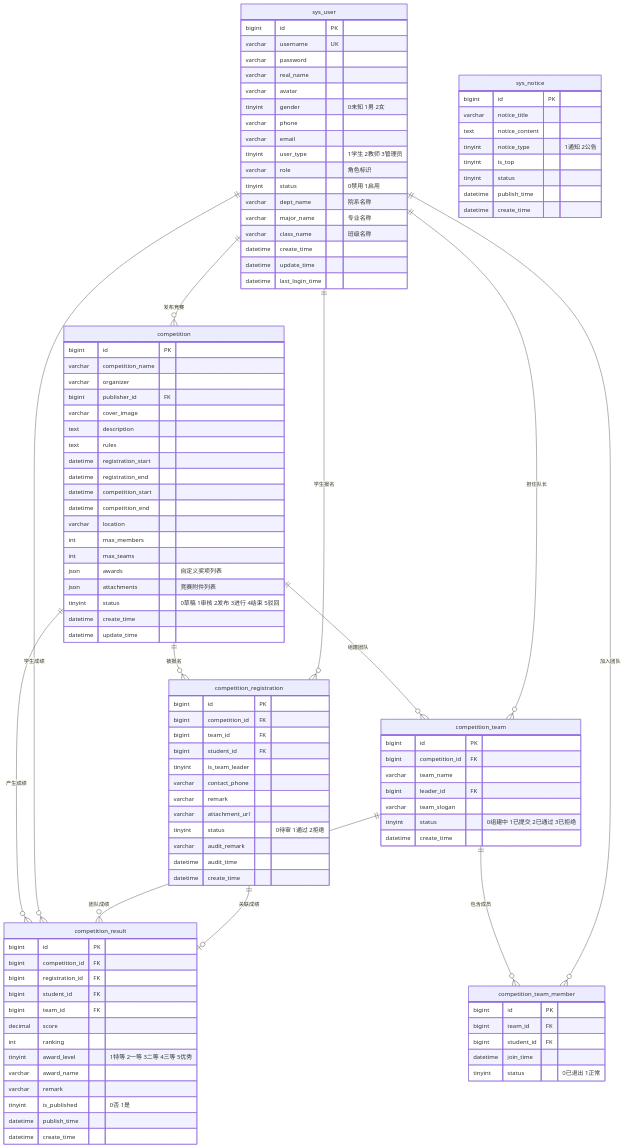
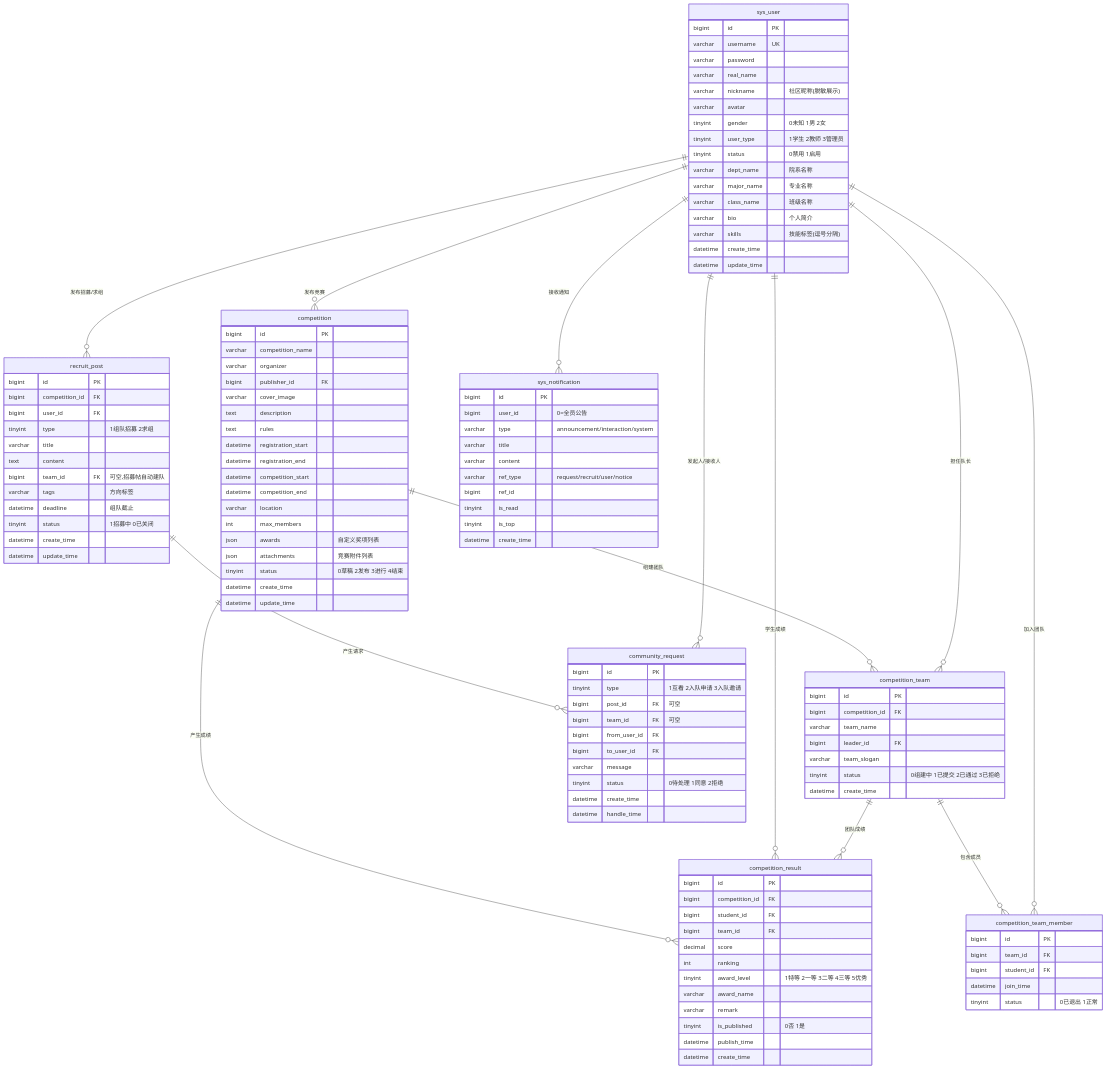
One commit to jiuxina/SGADQRS changed the diagram in docs/ER-DIAGRAM.md. Above: the diagram before and after it, drawn with Mermaid. The commit also changed other lines of this file and 8 other files, not shown here.

Commit message:
docs: ER 图与前端测试计划文档更新

````diff
--- a/docs/ER-DIAGRAM.md
+++ b/docs/ER-DIAGRAM.md
@@ -9,19 +9,18 @@
         varchar username UK
         varchar password
         varchar real_name
+        varchar nickname "社区昵称(脱敏展示)"
         varchar avatar
         tinyint gender "0未知 1男 2女"
-        varchar phone
-        varchar email
         tinyint user_type "1学生 2教师 3管理员"
-        varchar role "角色标识"
         tinyint status "0禁用 1启用"
         varchar dept_name "院系名称"
         varchar major_name "专业名称"
         varchar class_name "班级名称"
+        varchar bio "个人简介"
+        varchar skills "技能标签(逗号分隔)"
         datetime create_time
         datetime update_time
-        datetime last_login_time
     }
 
     competition {
@@ -38,33 +37,16 @@
         datetime competition_end
         varchar location
         int max_members
-        int max_teams
         json awards "自定义奖项列表"
         json attachments "竞赛附件列表"
-        tinyint status "0草稿 1审核 2发布 3进行 4结束 5驳回"
+        tinyint status "0草稿 2发布 3进行 4结束"
         datetime create_time
         datetime update_time
-    }
-
-    competition_registration {
-        bigint id PK
-        bigint competition_id FK
-        bigint team_id FK
-        bigint student_id FK
-        tinyint is_team_leader
-        varchar contact_phone
-        varchar remark
-        varchar attachment_url
-        tinyint status "0待审 1通过 2拒绝"
-        varchar audit_remark
-        datetime audit_time
-        datetime create_time
     }
 
     competition_result {
         bigint id PK
         bigint competition_id FK
-        bigint registration_id FK
         bigint student_id FK
         bigint team_id FK
         decimal score
@@ -95,25 +77,53 @@
         tinyint status "0已退出 1正常"
     }
 
-    sys_notice {
+    recruit_post {
         bigint id PK
-        varchar notice_title
-        text notice_content
-        tinyint notice_type "1通知 2公告"
+        bigint competition_id FK
+        bigint user_id FK
+        tinyint type "1组队招募 2求组"
+        varchar title
+        text content
+        bigint team_id FK "可空,招募帖自动建队"
+        varchar tags "方向标签"
+        datetime deadline "组队截止"
+        tinyint status "1招募中 0已关闭"
+        datetime create_time
+        datetime update_time
+    }
+
+    community_request {
+        bigint id PK
+        tinyint type "1互看 2入队申请 3入队邀请"
+        bigint post_id FK "可空"
+        bigint team_id FK "可空"
+        bigint from_user_id FK
+        bigint to_user_id FK
+        varchar message
+        tinyint status "0待处理 1同意 2拒绝"
+        datetime create_time
+        datetime handle_time
+    }
+
+    sys_notification {
+        bigint id PK
+        bigint user_id "0=全员公告"
+        varchar type "announcement/interaction/system"
+        varchar title
+        varchar content
+        varchar ref_type "request/recruit/user/notice"
+        bigint ref_id
+        tinyint is_read
         tinyint is_top
-        tinyint status
-        datetime publish_time
         datetime create_time
     }
 
     %% ===== 关系 =====
 
     sys_user ||--o{ competition : "发布竞赛"
-    competition ||--o{ competition_registration : "被报名"
     competition ||--o{ competition_result : "产生成绩"
     competition ||--o{ competition_team : "组建团队"
 
-    sys_user ||--o{ competition_registration : "学生报名"
     sys_user ||--o{ competition_result : "学生成绩"
 
     competition_team ||--o{ competition_team_member : "包含成员"
@@ -121,5 +131,9 @@
     sys_user ||--o{ competition_team_member : "加入团队"
     sys_user ||--o{ competition_team : "担任队长"
 
-    competition_registration ||--o| competition_result : "关联成绩"
+
+    sys_user ||--o{ recruit_post : "发布招募/求组"
+    recruit_post ||--o{ community_request : "产生请求"
+    community_request }o--|| sys_user : "发起人/接收人"
+    sys_user ||--o{ sys_notification : "接收通知"
 ```
````
